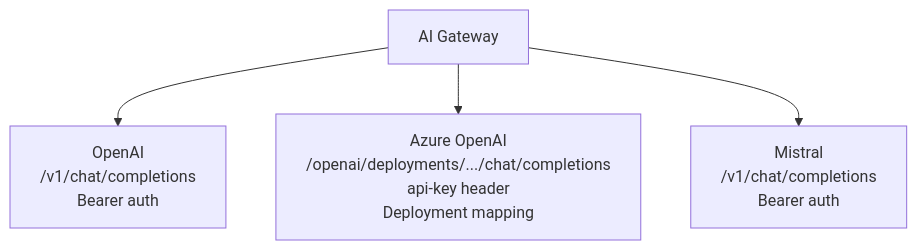
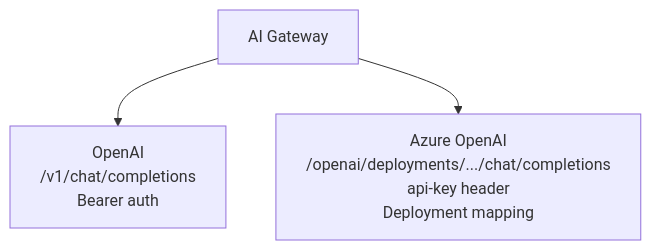
The eighth of 8 diagrams in README.md (jmfloreszazo/yarp_aigateway), drawn with Mermaid before and after one commit. The commit also changed other lines of this file and 9 other files, not shown here.

````diff
--- a/README.md
+++ b/README.md
@@ -654,6 +768,5 @@
 ```mermaid
 graph TB
     GW[AI Gateway] --> OAI[OpenAI<br/>/v1/chat/completions<br/>Bearer auth]
     GW --> AZ[Azure OpenAI<br/>/openai/deployments/.../chat/completions<br/>api-key header<br/>Deployment mapping]
-    GW --> MI[Mistral<br/>/v1/chat/completions<br/>Bearer auth]
 ```
````
